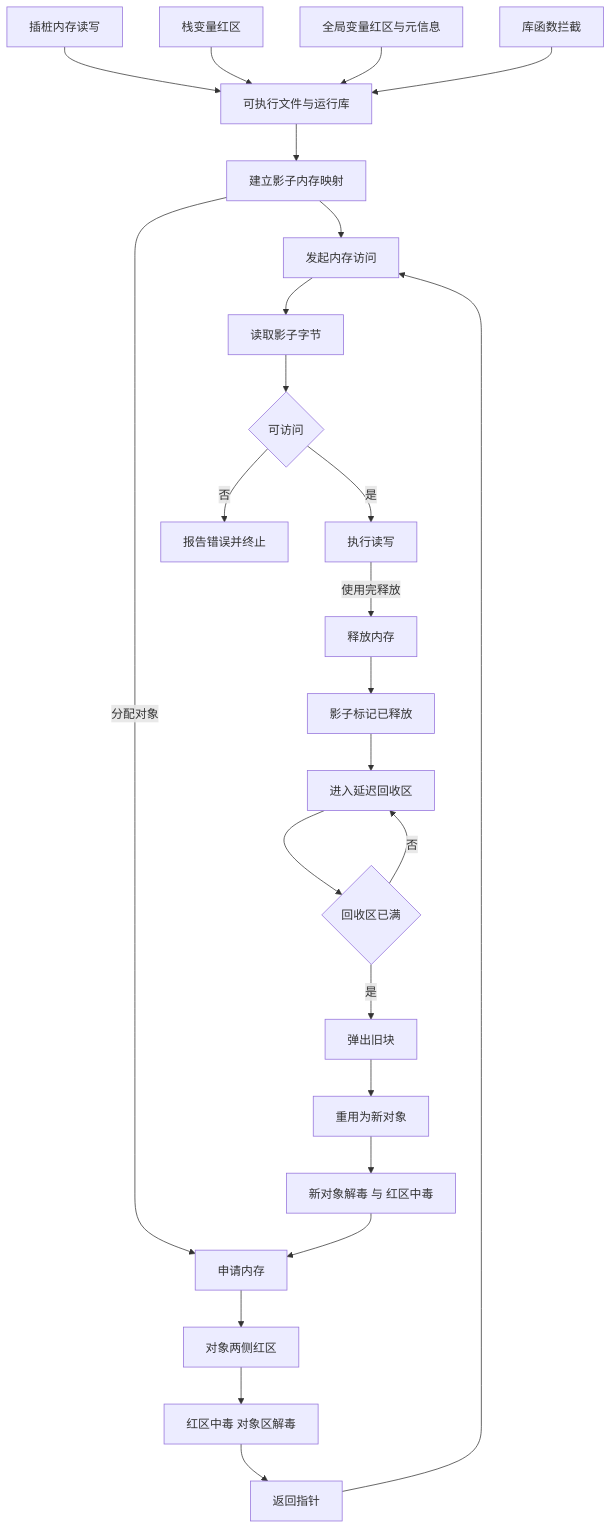
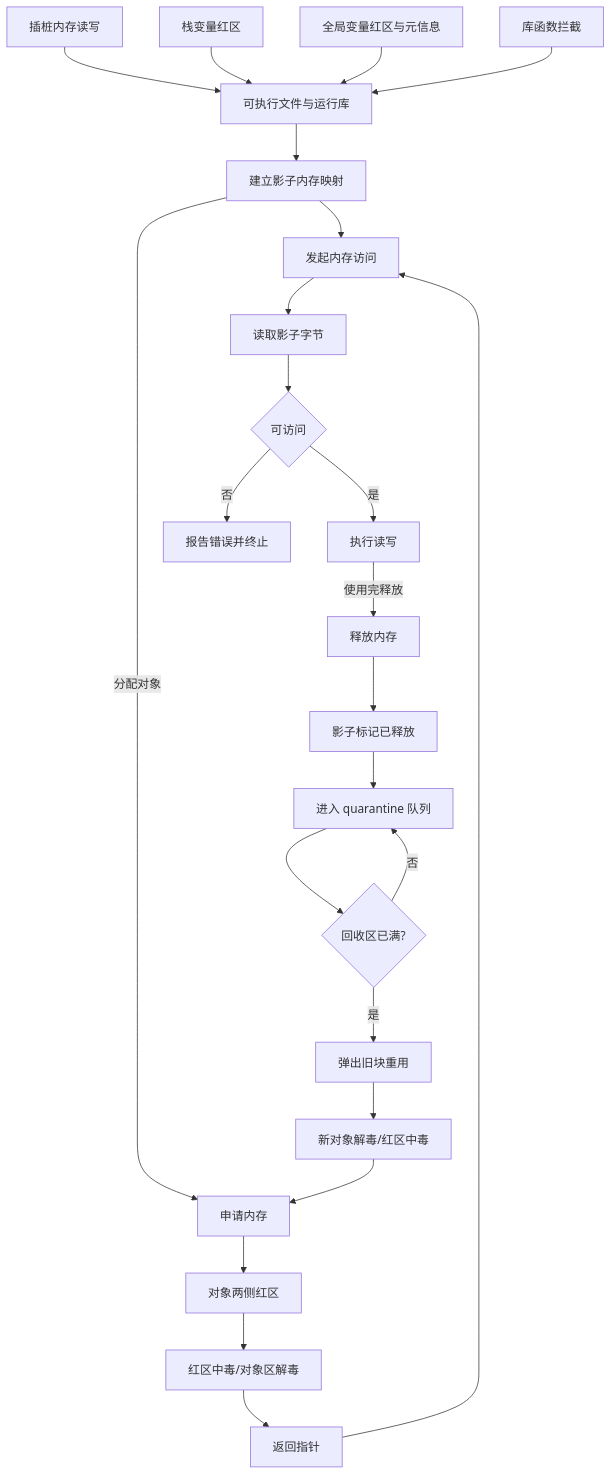
One commit to comsoftWHU/comsoftwhu.github.io changed the first of 7 diagrams in MemSafety/ASan.md. Above: the diagram before and after it, drawn with Mermaid. The commit also changed other lines of this file and 1 other file, not shown here.

`````diff
--- a/MemSafety/ASan.md
+++ b/MemSafety/ASan.md
@@ -23,32 +25,31 @@
 ```mermaid
 flowchart TD
   B1[插桩内存读写] --> B5[可执行文件与运行库]
   B2[栈变量红区] --> B5
   B3[全局变量红区与元信息] --> B5
   B4[库函数拦截] --> B5
 
   B5 --> I1[建立影子内存映射]
   I1 --> A0[发起内存访问]
   I1 --分配对象--> H1[申请内存]
 
   A0 --> A1[读取影子字节]
   A1 --> A2{可访问}
   A2 -- 是 --> A3[执行读写]
   A2 -- 否 --> A4[报告错误并终止]
 
 
   H1 --> H2[对象两侧红区]
-  H2 --> H3[红区中毒 对象区解毒]
+  H2 --> H3[红区中毒/对象区解毒]
   H3 --> H4[返回指针]
   H4 --> A0
-  H5[释放内存] --> H6[影子标记已释放]
-  H6 --> H7[进入延迟回收区]
-  H7 --> H8{回收区已满}
+
+  A3 --使用完释放--> H5[释放内存]
+  H5 --> H6[影子标记已释放]
+  H6 --> H7[进入 quarantine 队列]
+  H7 --> H8{回收区已满?}
   H8 -- 否 --> H7
-  H8 -- 是 --> H9[弹出旧块]
-  H9 --> H10[重用为新对象]
-  H10 --> H11[新对象解毒 与 红区中毒]
-  H11 --> H1
-
-  A3 --使用完释放--> H5
-```
+  H8 -- 是 --> H9[弹出旧块重用]
+  H9 --> H10[新对象解毒/红区中毒]
+  H10 --> H1
+````
`````
